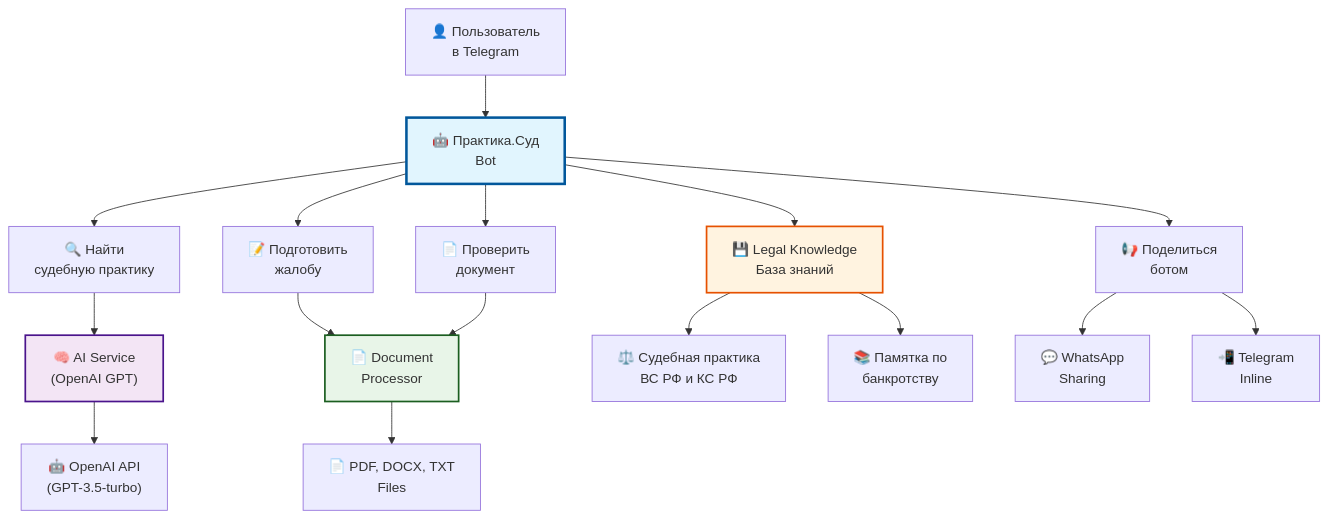
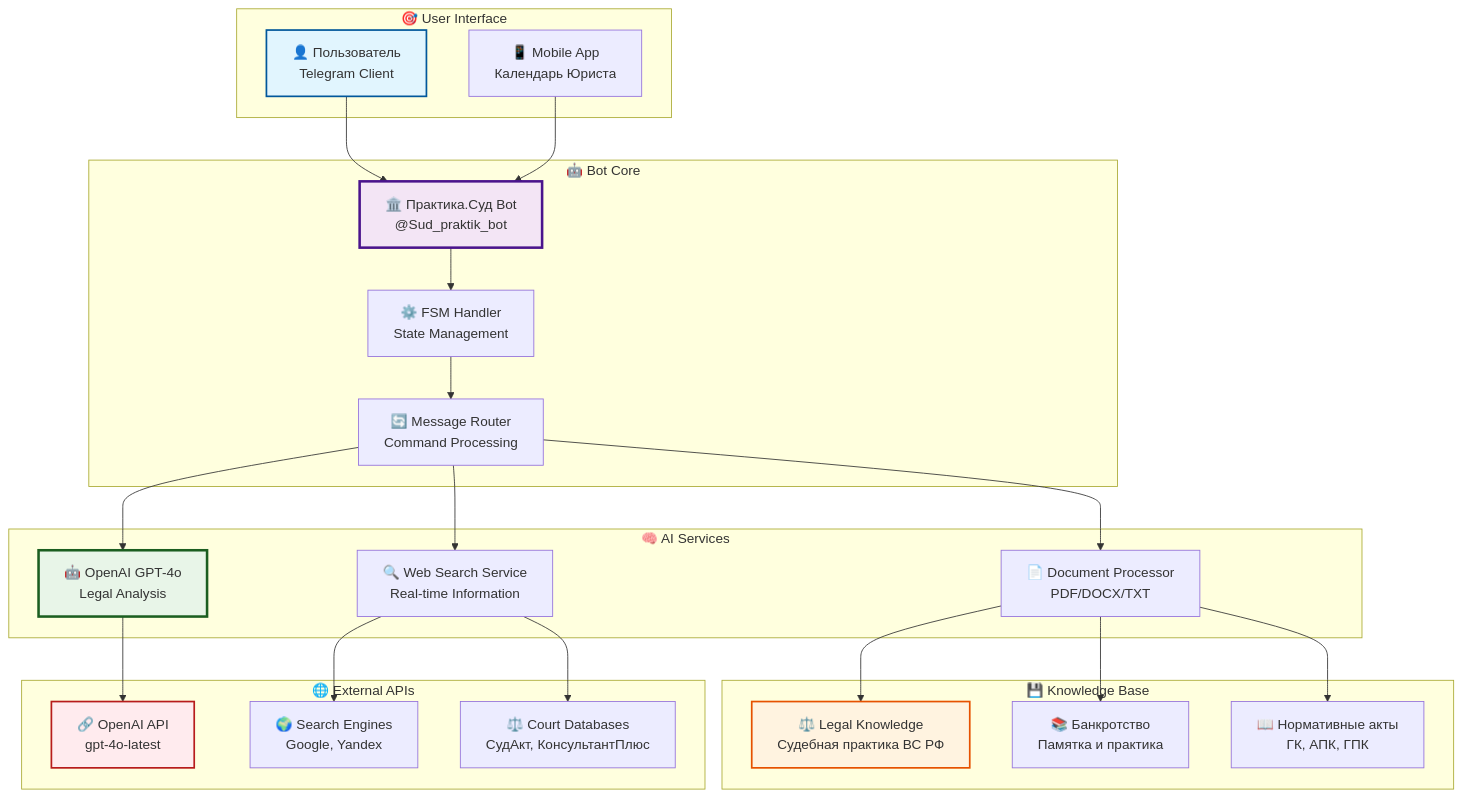
One commit to Wh0mever/ai-law-assistant changed the first of 4 diagrams in README.md. Above: the diagram before and after it, drawn with Mermaid. The commit also changed other lines of this file and 13 other files, not shown here.

````diff
--- a/README.md
+++ b/README.md
@@ -49,28 +55,53 @@
 ```mermaid
 graph TB
-    A["👤 Пользователь<br/>в Telegram"] --> B["🤖 Практика.Суд<br/>Bot"]
+    subgraph "🎯 User Interface"
+        A["👤 Пользователь<br/>Telegram Client"]
+        B["📱 Mobile App<br/>Календарь Юриста"]
+    end
     
-    B --> C["🔍 Найти<br/>судебную практику"]
-    B --> D["📝 Подготовить<br/>жалобу"]
-    B --> E["📄 Проверить<br/>документ"]
-    B --> F["📢 Поделиться<br/>ботом"]
+    subgraph "🤖 Bot Core"
+        C["🏛️ Практика.Суд Bot<br/>@Sud_praktik_bot"]
+        D["⚙️ FSM Handler<br/>State Management"]
+        E["🔄 Message Router<br/>Command Processing"]
+    end
     
-    C --> G["🧠 AI Service<br/>(OpenAI GPT)"]
-    D --> H["📄 Document<br/>Processor"]
+    subgraph "🧠 AI Services"
+        F["🤖 OpenAI GPT-4o<br/>Legal Analysis"]
+        G["🔍 Web Search Service<br/>Real-time Information"]
+        H["📄 Document Processor<br/>PDF/DOCX/TXT"]
+    end
+    
+    subgraph "💾 Knowledge Base"
+        I["⚖️ Legal Knowledge<br/>Судебная практика ВС РФ"]
+        J["📚 Банкротство<br/>Памятка и практика"]
+        K["📖 Нормативные акты<br/>ГК, АПК, ГПК"]
+    end
+    
+    subgraph "🌐 External APIs"
+        L["🔗 OpenAI API<br/>gpt-4o-latest"]
+        M["🌍 Search Engines<br/>Google, Yandex"]
+        N["⚖️ Court Databases<br/>СудАкт, КонсультантПлюс"]
+    end
+    
+    A --> C
+    B --> C
+    C --> D
+    D --> E
+    E --> F
+    E --> G
     E --> H
     
-    H --> I["📄 PDF, DOCX, TXT<br/>Files"]
-    G --> J["🤖 OpenAI API<br/>(GPT-3.5-turbo)"]
+    F --> L
+    G --> M
+    G --> N
     
-    B --> K["💾 Legal Knowledge<br/>База знаний"]
-    K --> L["⚖️ Судебная практика<br/>ВС РФ и КС РФ"]
-    K --> M["📚 Памятка по<br/>банкротству"]
+    H --> I
+    H --> J
+    H --> K
     
-    F --> N["💬 WhatsApp<br/>Sharing"]
-    F --> O["📲 Telegram<br/>Inline"]
-    
-    style B fill:#e1f5fe,stroke:#01579b,stroke-width:3px
-    style G fill:#f3e5f5,stroke:#4a148c,stroke-width:2px
-    style H fill:#e8f5e8,stroke:#1b5e20,stroke-width:2px
-    style K fill:#fff3e0,stroke:#e65100,stroke-width:2px
+    style A fill:#e1f5fe,stroke:#01579b,stroke-width:2px
+    style C fill:#f3e5f5,stroke:#4a148c,stroke-width:3px
+    style F fill:#e8f5e8,stroke:#1b5e20,stroke-width:3px
+    style I fill:#fff3e0,stroke:#e65100,stroke-width:2px
+    style L fill:#ffebee,stroke:#b71c1c,stroke-width:2px
 ```
````
